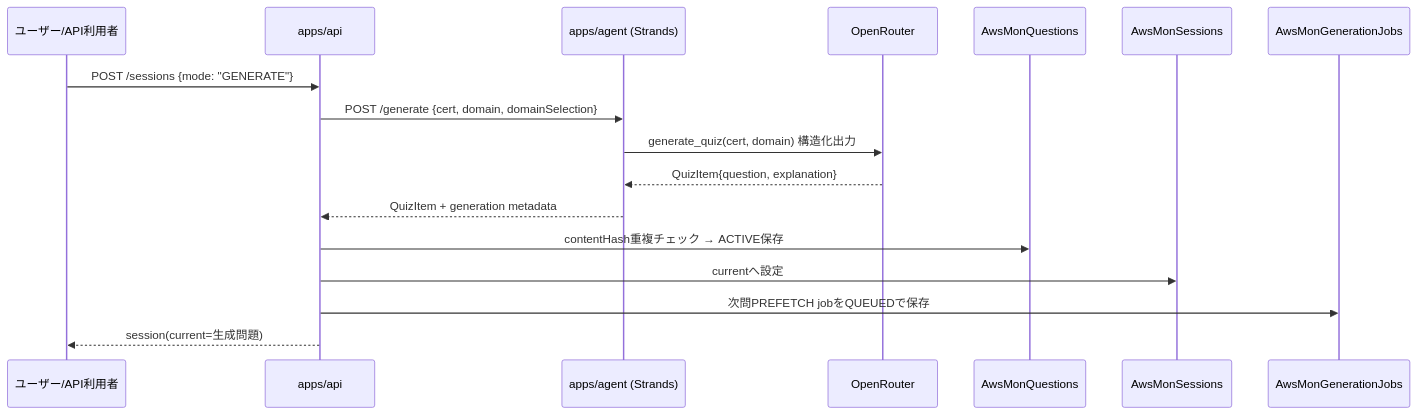
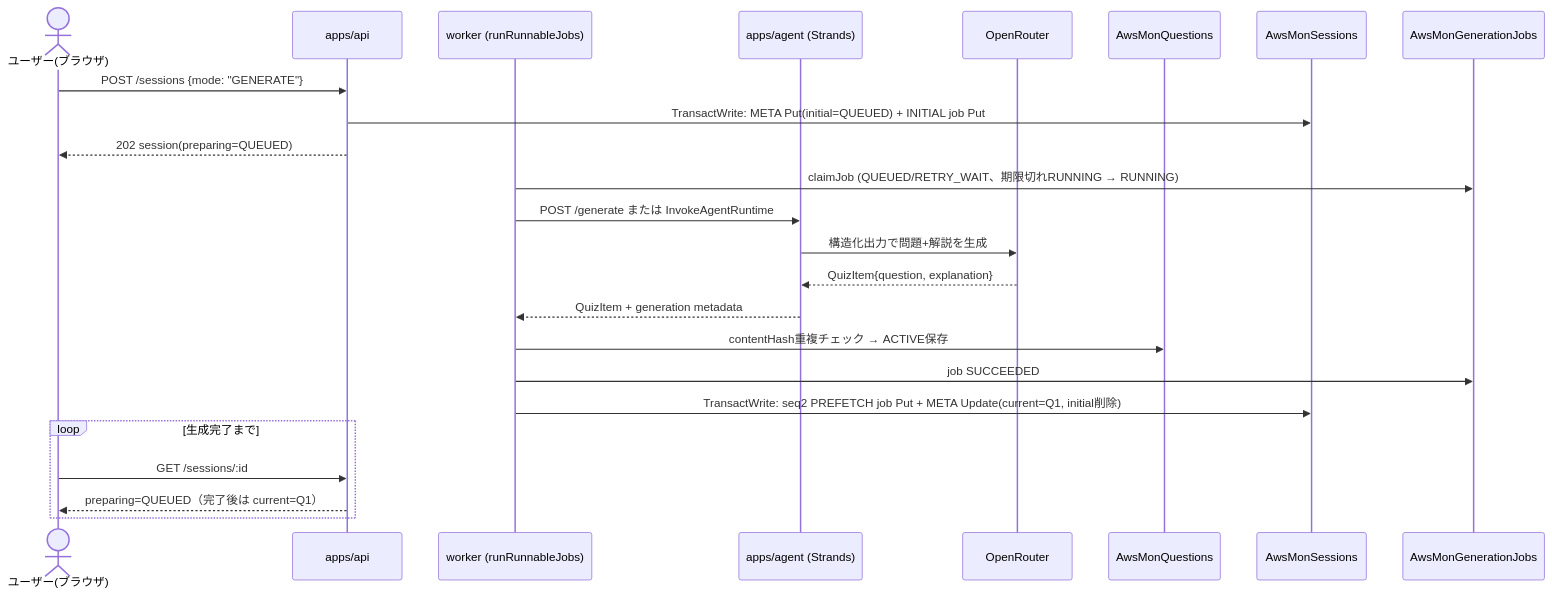
One commit to yuyumama/AWS-MON changed the third of 4 diagrams in docs/architecture.md. Above: the diagram before and after it, drawn with Mermaid. The commit also changed other lines of this file and 4 other files, not shown here.

````diff
--- a/docs/architecture.md
+++ b/docs/architecture.md
@@ -124,20 +138,29 @@
 ```mermaid
 sequenceDiagram
-    participant U as ユーザー/API利用者
+    actor U as ユーザー(ブラウザ)
     participant API as apps/api
+    participant W as worker (runRunnableJobs)
     participant Agent as apps/agent (Strands)
     participant LLM as OpenRouter
     participant Q as AwsMonQuestions
     participant S as AwsMonSessions
     participant J as AwsMonGenerationJobs
 
     U->>API: POST /sessions {mode: "GENERATE"}
-    API->>Agent: POST /generate {cert, domain, domainSelection}
-    Agent->>LLM: generate_quiz(cert, domain) 構造化出力
+    API->>S: TransactWrite: META Put(initial=QUEUED) + INITIAL job Put
+    API-->>U: 202 session(preparing=QUEUED)
+
+    W->>J: claimJob (QUEUED/RETRY_WAIT、期限切れRUNNING → RUNNING)
+    W->>Agent: POST /generate または InvokeAgentRuntime
+    Agent->>LLM: 構造化出力で問題+解説を生成
     LLM-->>Agent: QuizItem{question, explanation}
-    Agent-->>API: QuizItem + generation metadata
-    API->>Q: contentHash重複チェック → ACTIVE保存
-    API->>S: currentへ設定
-    API->>J: 次問PREFETCH jobをQUEUEDで保存
-    API-->>U: session(current=生成問題)
+    Agent-->>W: QuizItem + generation metadata
+    W->>Q: contentHash重複チェック → ACTIVE保存
+    W->>J: job SUCCEEDED
+    W->>S: TransactWrite: seq2 PREFETCH job Put + META Update(current=Q1, initial削除)
+
+    loop 生成完了まで
+        U->>API: GET /sessions/:id
+        API-->>U: preparing=QUEUED（完了後は current=Q1）
+    end
 ```
````
